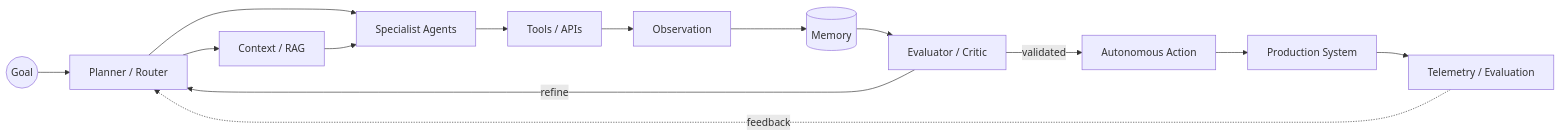
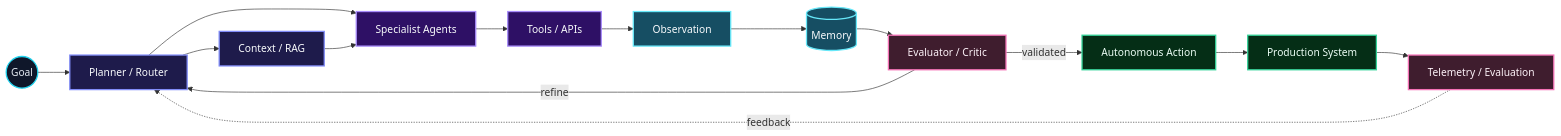
Before and after one commit to HAMZA-420/HAMZA-420: the diagram in README.md, drawn with Mermaid. The commit also changed other lines of this file, not shown here.

````diff
--- a/README.md
+++ b/README.md
@@ -78,16 +84,30 @@
 ```mermaid
 flowchart LR
     G((Goal)) --> P[Planner / Router]
     P --> K[Context / RAG]
     P --> A[Specialist Agents]
     K --> A
     A --> T[Tools / APIs]
     T --> O[Observation]
     O --> M[(Memory)]
     M --> V[Evaluator / Critic]
     V -->|refine| P
     V -->|validated| X[Autonomous Action]
     X --> D[Production System]
     D --> E[Telemetry / Evaluation]
     E -. feedback .-> P
+
+    classDef input fill:#0F172A,stroke:#22D3EE,color:#E2E8F0,stroke-width:2px;
+    classDef brain fill:#1E1B4B,stroke:#818CF8,color:#F8FAFC,stroke-width:2px;
+    classDef agent fill:#2E1065,stroke:#A78BFA,color:#F8FAFC,stroke-width:2px;
+    classDef memory fill:#164E63,stroke:#67E8F9,color:#F8FAFC,stroke-width:2px;
+    classDef action fill:#052E16,stroke:#34D399,color:#ECFDF5,stroke-width:2px;
+    classDef eval fill:#3F1D2E,stroke:#F472B6,color:#FDF2F8,stroke-width:2px;
+
+    class G input;
+    class P,K brain;
+    class A,T agent;
+    class O,M memory;
+    class X,D action;
+    class V,E eval;
 ```
````
